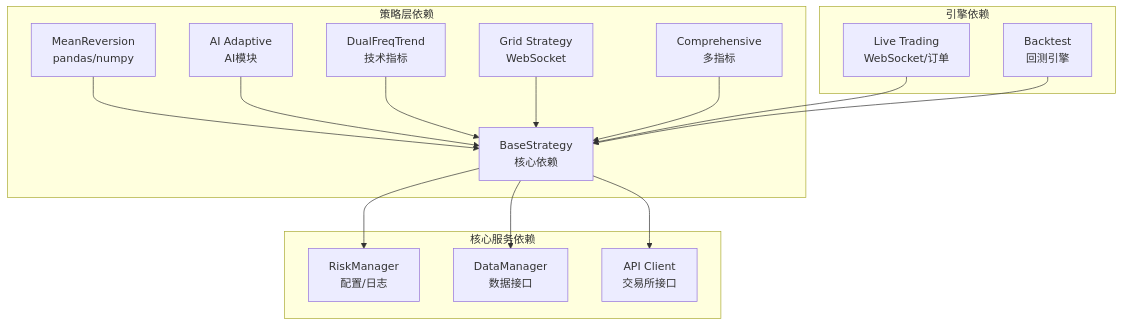
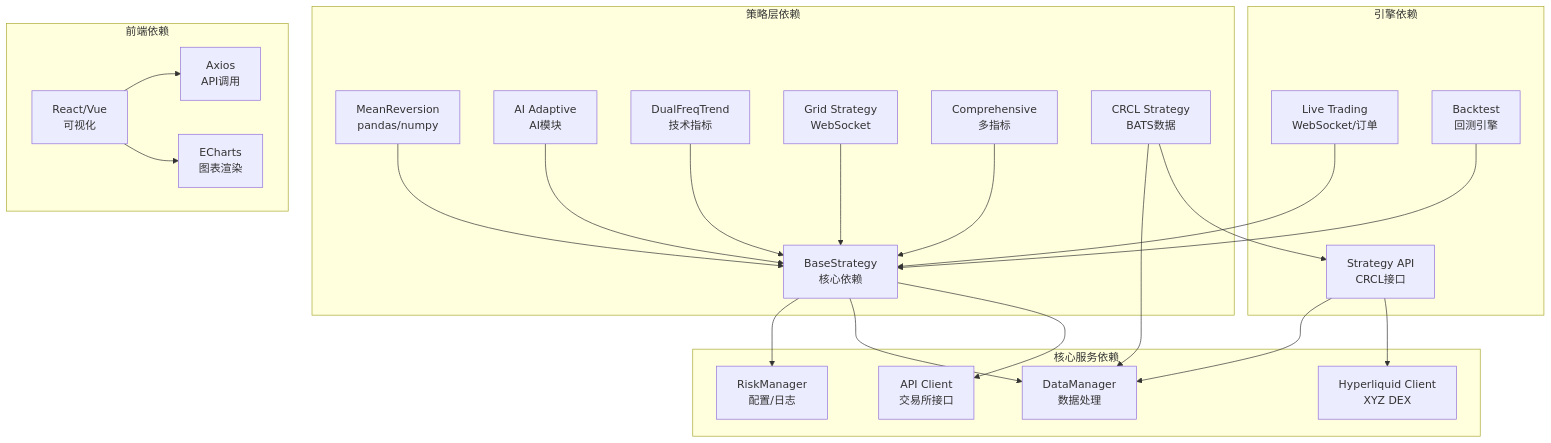
Before and after one commit to zyf266/ending: diagram 17 of 18 in .qoder/repowiki/zh/content/核心模块详解/策略框架/策略框架.md, drawn with Mermaid. The commit also changed other lines of this file and 60 other files, not shown here.

````diff
--- a/.qoder/repowiki/zh/content/核心模块详解/策略框架/策略框架.md
+++ b/.qoder/repowiki/zh/content/核心模块详解/策略框架/策略框架.md
@@ -498,30 +793,44 @@
 ```mermaid
 graph TD
 subgraph "策略层依赖"
 BaseDep[BaseStrategy<br/>核心依赖]
 MRDep[MeanReversion<br/>pandas/numpy]
 AIDep[AI Adaptive<br/>AI模块]
 DFTDep[DualFreqTrend<br/>技术指标]
 GridDep[Grid Strategy<br/>WebSocket]
 CompDep[Comprehensive<br/>多指标]
+CRCLDep[CRCL Strategy<br/>BATS数据]
 end
 subgraph "核心服务依赖"
 RiskDep[RiskManager<br/>配置/日志]
-DataDep[DataManager<br/>数据接口]
+DataDep[DataManager<br/>数据处理]
 APIRef[API Client<br/>交易所接口]
+HLRef[Hyperliquid Client<br/>XYZ DEX]
 end
 subgraph "引擎依赖"
 LiveDep[Live Trading<br/>WebSocket/订单]
 BTDep[Backtest<br/>回测引擎]
+APIRouter[Strategy API<br/>CRCL接口]
+end
+subgraph "前端依赖"
+FrontendDep[React/Vue<br/>可视化]
+AxiosDep[Axios<br/>API调用]
+EChartsDep[ECharts<br/>图表渲染]
 end
 BaseDep --> RiskDep
 BaseDep --> DataDep
 BaseDep --> APIRef
 MRDep --> BaseDep
 AIDep --> BaseDep
 DFTDep --> BaseDep
 GridDep --> BaseDep
 CompDep --> BaseDep
+CRCLDep --> DataDep
+CRCLDep --> APIRouter
 LiveDep --> BaseDep
 BTDep --> BaseDep
+APIRouter --> DataDep
+APIRouter --> HLRef
+FrontendDep --> AxiosDep
+FrontendDep --> EChartsDep
 ```
````
